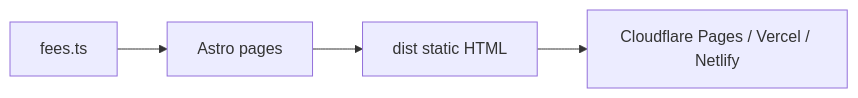
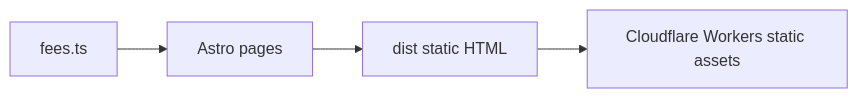
The diagram in README.md (hammadiqbal6/payment-fee-calculators), drawn with Mermaid before and after one commit. The commit also changed other lines of this file and 9 other files, not shown here.

First line of the commit message:
Deploy as static Cloudflare Worker (`payment-fee-calculators`) (#2)

````diff
--- a/README.md
+++ b/README.md
@@ -7,6 +7,6 @@
 ```mermaid
 flowchart LR
   A[fees.ts] --> B[Astro pages]
   B --> C[dist static HTML]
-  C --> D[Cloudflare Pages / Vercel / Netlify]
+  C --> D[Cloudflare Workers static assets]
 ```
````
